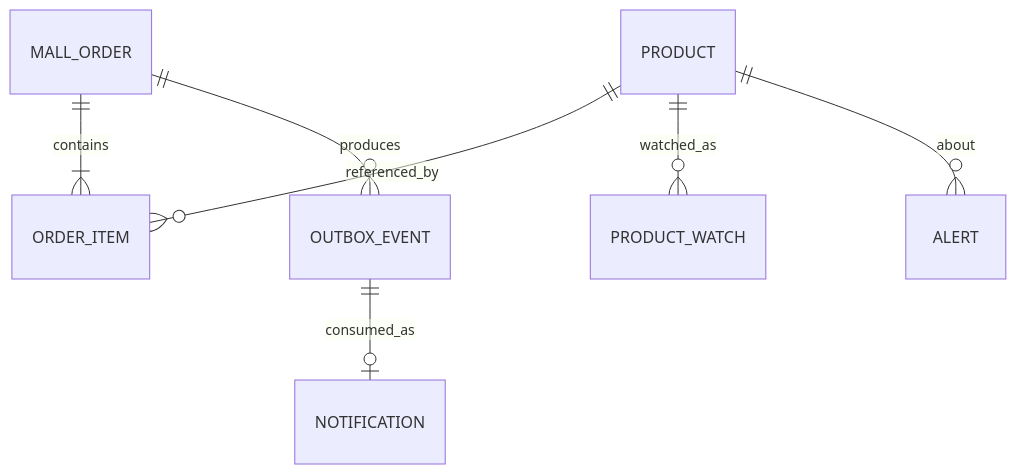
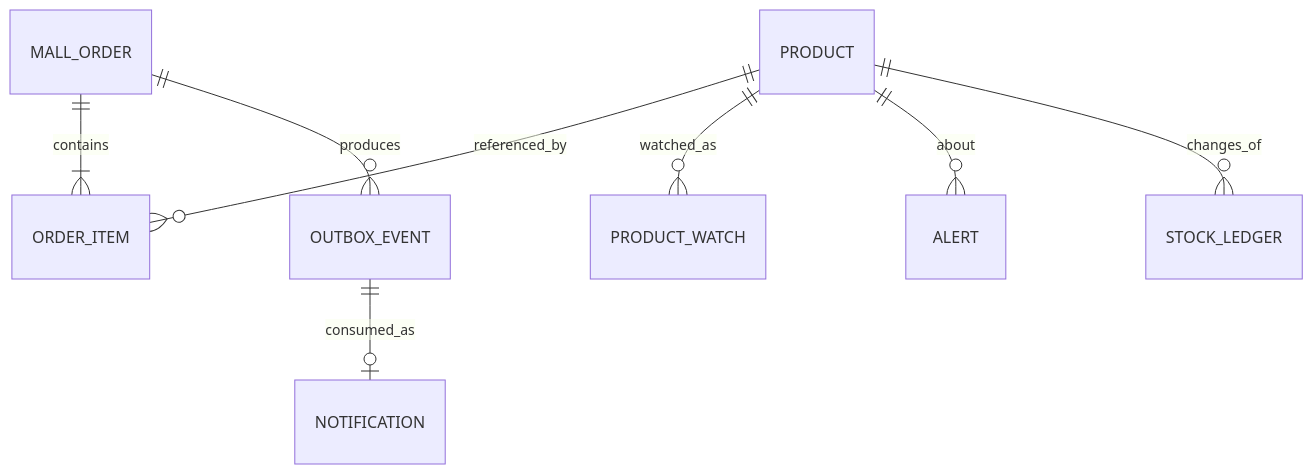
Before and after one commit to xyh-1723/shopping-web: the diagram in docs/接口与数据结构.md, drawn with Mermaid. The commit also changed other lines of this file and 12 other files, not shown here.

````diff
--- a/docs/接口与数据结构.md
+++ b/docs/接口与数据结构.md
@@ -386,9 +386,10 @@
 ```mermaid
 erDiagram
     PRODUCT ||--o{ ORDER_ITEM : referenced_by
     MALL_ORDER ||--|{ ORDER_ITEM : contains
     MALL_ORDER ||--o{ OUTBOX_EVENT : produces
     OUTBOX_EVENT ||--o| NOTIFICATION : consumed_as
     PRODUCT ||--o{ PRODUCT_WATCH : watched_as
     PRODUCT ||--o{ ALERT : about
+    PRODUCT ||--o{ STOCK_LEDGER : changes_of
 ```
````
